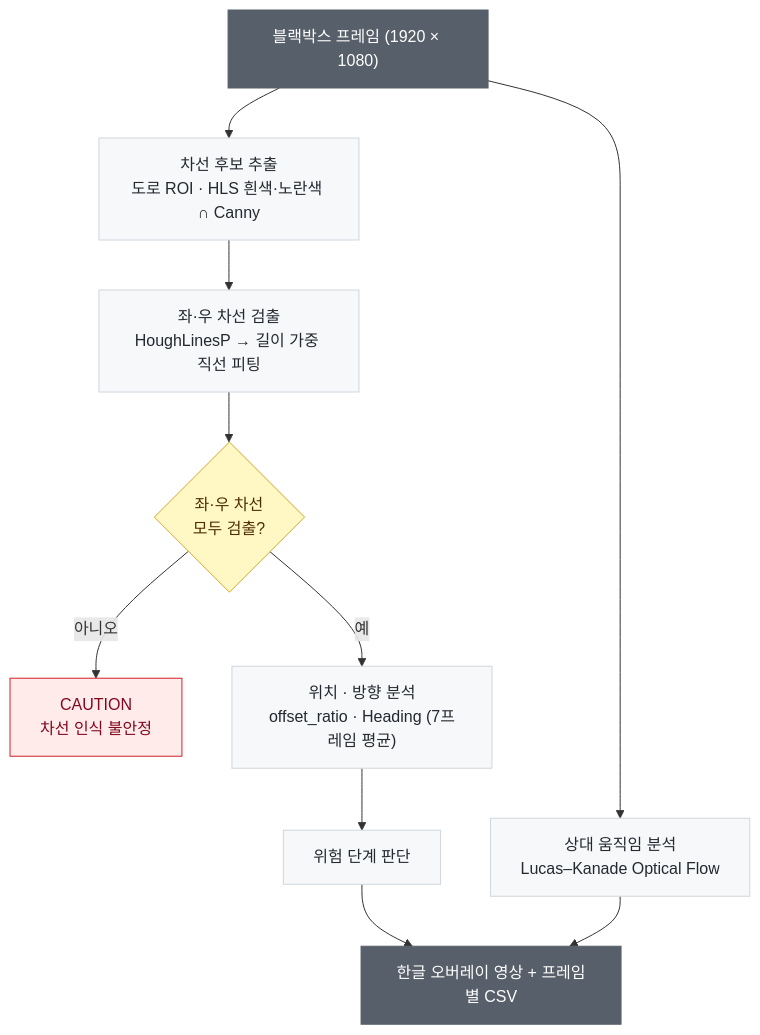
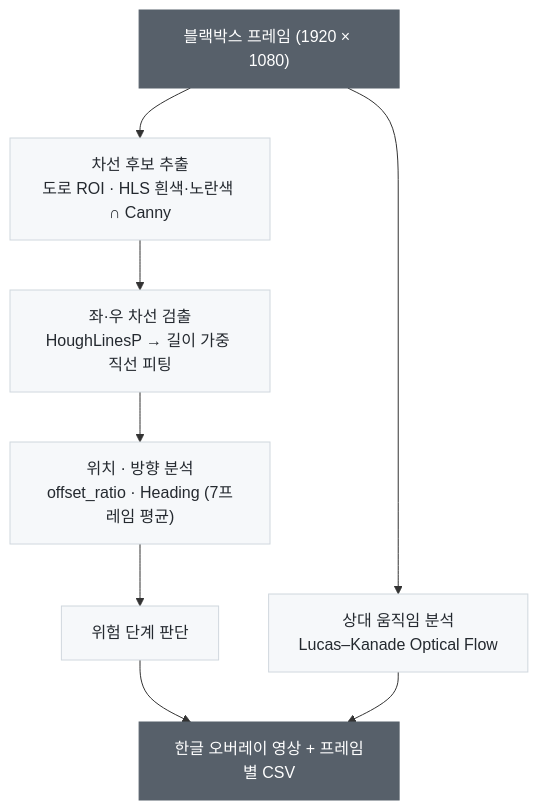
The first of 2 diagrams in vehicle-driving-analysis/README.md (YOOBIN-AN/driving-analysis), drawn with Mermaid before and after one commit. The commit also changed other lines of this file and 3 other files, not shown here.

````diff
--- a/vehicle-driving-analysis/README.md
+++ b/vehicle-driving-analysis/README.md
@@ -71,21 +69,15 @@
 ```mermaid
 flowchart TD
     IN["블랙박스 프레임 (1920 × 1080)"] --> CAND["차선 후보 추출<br/>도로 ROI · HLS 흰색·노란색 ∩ Canny"]
     CAND --> LINE["좌·우 차선 검출<br/>HoughLinesP → 길이 가중 직선 피팅"]
-    LINE --> CHK{"좌·우 차선<br/>모두 검출?"}
-    CHK -- 아니오 --> FAIL["CAUTION<br/>차선 인식 불안정"]
-    CHK -- 예 --> ANA["위치 · 방향 분석<br/>offset_ratio · Heading (7프레임 평균)"]
+    LINE --> ANA["위치 · 방향 분석<br/>offset_ratio · Heading (7프레임 평균)"]
     ANA --> RISK["위험 단계 판단"]
     IN --> FLOW["상대 움직임 분석<br/>Lucas–Kanade Optical Flow"]
     RISK --> OUT["한글 오버레이 영상 + 프레임별 CSV"]
     FLOW --> OUT
 
     classDef io fill:#57606a,stroke:#57606a,color:#fff
     classDef step fill:#f6f8fa,stroke:#d0d7de,color:#24292f
-    classDef decide fill:#fff8c5,stroke:#d4a72c,color:#4d2d00
-    classDef fail fill:#ffebe9,stroke:#cf222e,color:#82071e
     class IN,OUT io
     class CAND,LINE,ANA,RISK,FLOW step
-    class CHK decide
-    class FAIL fail
 ```
````
